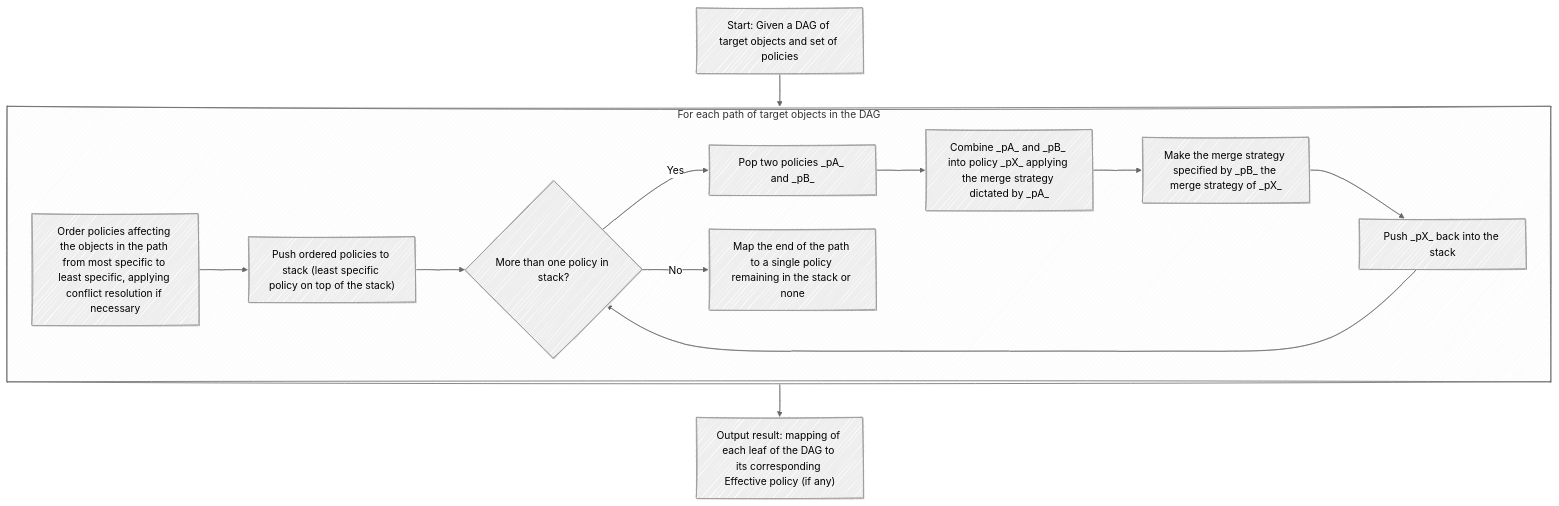
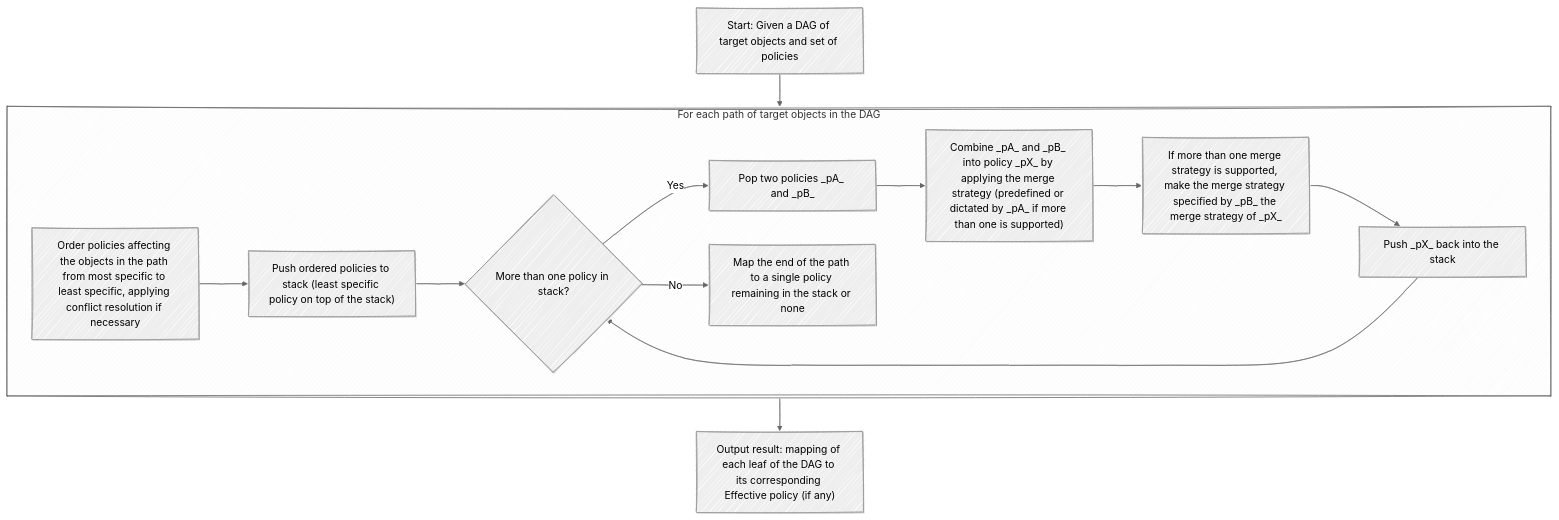
The fourth of 7 diagrams in geps/gep-713/index.md (kubernetes-sigs/gateway-api), drawn with Mermaid before and after one commit. The commit also changed other lines of this file, not shown here.

Commit message:
More thorough definitions for the spec'ed merge strategies

````diff
--- a/geps/gep-713/index.md
+++ b/geps/gep-713/index.md
@@ -554,21 +601,21 @@
 ```mermaid
 ---
 config:
   look: handDrawn
   theme: neutral
 ---
 graph
   A[Start: Given a DAG of target objects and set of policies] --> sub
   sub --> L["Output result: mapping of each leaf of the DAG to its corresponding Effective policy (if any)"]
 
   subgraph sub["For each path of target objects in the DAG"]
     C["Order policies affecting the objects in the path from most specific to least specific, applying conflict resolution if necessary"] --> D["Push ordered policies to stack (least specific policy on top of the stack)"]
     D --> E{More than one policy in stack?}
     E -- Yes --> F[Pop two policies _pA_ and _pB_]
-    F --> G[Combine _pA_ and _pB_ into policy _pX_ applying the merge strategy dictated by _pA_]
-    G --> H[Make the merge strategy specified by _pB_ the merge strategy of _pX_]
+    F --> G["Combine _pA_ and _pB_ into policy _pX_ by applying the merge strategy (predefined or dictated by _pA_ if more than one is supported)"]
+    G --> H[If more than one merge strategy is supported, make the merge strategy specified by _pB_ the merge strategy of _pX_]
     H --> I[Push _pX_ back into the stack]
     I --> E
     E -- No --> J[Map the end of the path to a single policy remaining in the stack or none]
   end
 ```
````
